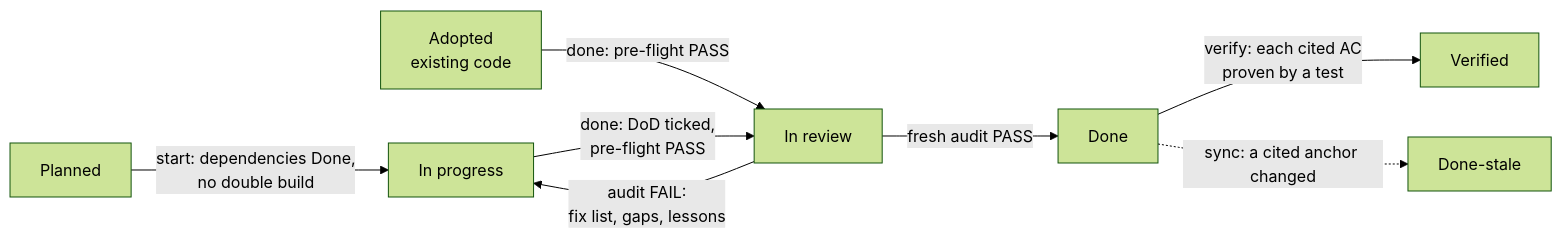
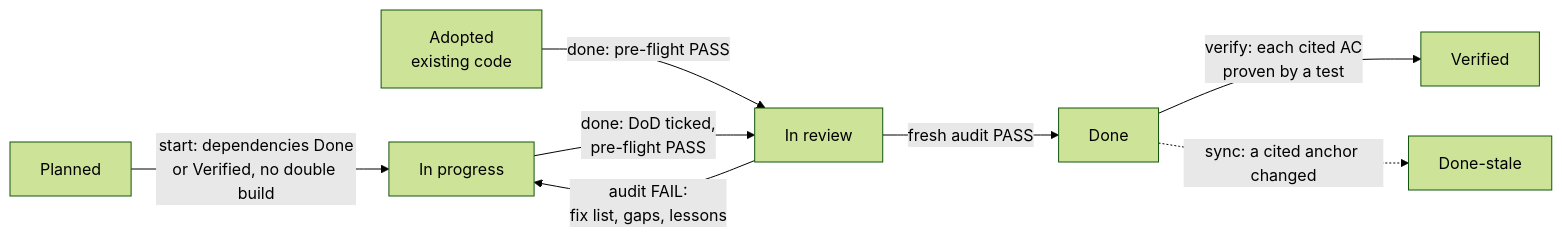
Before and after one commit to mhshahin01/builders-skills: the eighth of 8 diagrams in README.md, drawn with Mermaid (forest theme). The commit also changed other lines of this file and 8 other files, not shown here.

````diff
--- a/README.md
+++ b/README.md
@@ -723,10 +724,10 @@
 ```mermaid
 flowchart LR
-    pl["Planned"] -->|"start: dependencies Done,<br/>no double build"| ip["In progress"]
+    pl["Planned"] -->|"start: dependencies Done<br/>or Verified, no double build"| ip["In progress"]
     ad["Adopted<br/>existing code"] -->|"done: pre-flight PASS"| ir["In review"]
     ip -->|"done: DoD ticked,<br/>pre-flight PASS"| ir
     ir -->|"fresh audit PASS"| dn["Done"]
     ir -->|"audit FAIL:<br/>fix list, gaps, lessons"| ip
     dn -->|"verify: each cited AC<br/>proven by a test"| vf["Verified"]
     dn -.->|"sync: a cited anchor changed"| ds["Done-stale"]
 ```
````
